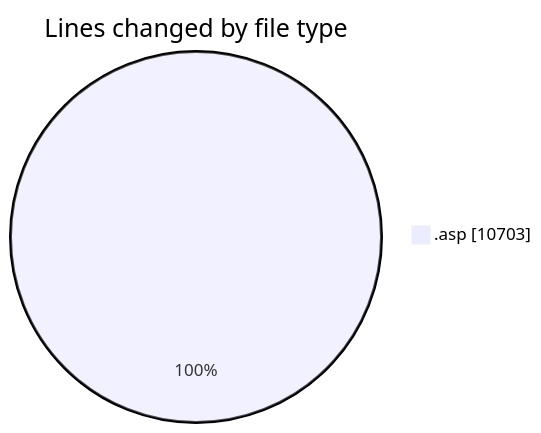
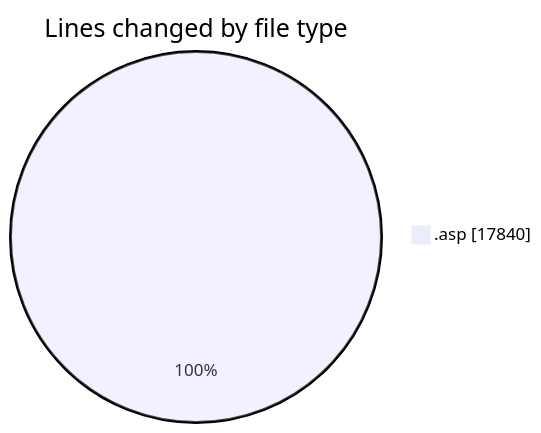
Before and after one commit to julien-gomy/code-tracking: the first of 2 diagrams in 2025-11-01/cdp_aleoudev_fr__workspace_/README.md, drawn with Mermaid. The commit also changed other lines of this file and 1 other file, not shown here.

````diff
--- a/2025-11-01/cdp_aleoudev_fr__workspace_/README.md
+++ b/2025-11-01/cdp_aleoudev_fr__workspace_/README.md
@@ -25,5 +25,5 @@
 ```mermaid
 pie showData
 title Lines changed by file type
-".asp" : 10703
+".asp" : 17840
 ```
````
